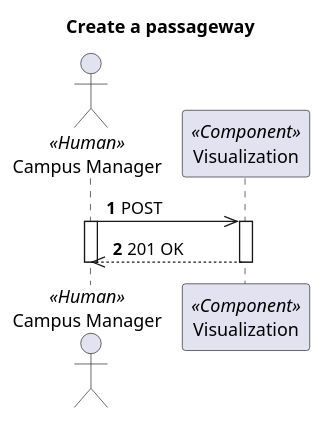
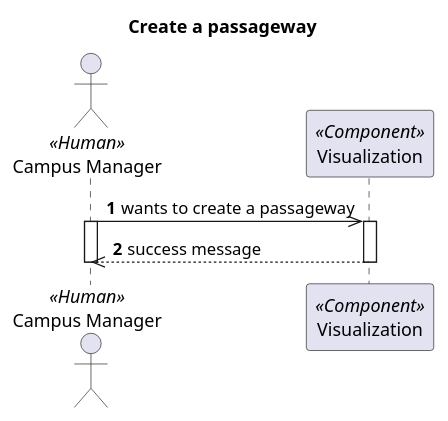
One commit to 1210910/lapr5 changed the diagram in docs/VistaProcesso/US240(1170)/Visualization/ProcessView_Level2_US1170.puml. Above: the diagram before and after it, drawn with PlantUML. The commit also changed 14 other files, not shown here.

Commit message:
Fixed diagrams (communication user/system)

```diff
--- a/docs/VistaProcesso/US240(1170)/Visualization/ProcessView_Level2_US1170.puml
+++ b/docs/VistaProcesso/US240(1170)/Visualization/ProcessView_Level2_US1170.puml
@@ -1,21 +1,21 @@
 @startuml Process View - Level 2 - Create a passageway
 'https://plantuml.com/sequence-diagram
 
 autonumber
 
 skinparam packageStyle rect
 
 title Create a passageway
 
 actor "Campus Manager" as CM <<Human>>
 participant "Visualization" as V <<Component>>
 
-CM->> V : POST
+CM->> V : wants to create a passageway
 
 activate CM
 activate V
-CM<<--- V : 201 OK
+CM<<--- V : success message
 deactivate V
 deactivate CM
 
 @enduml
```
